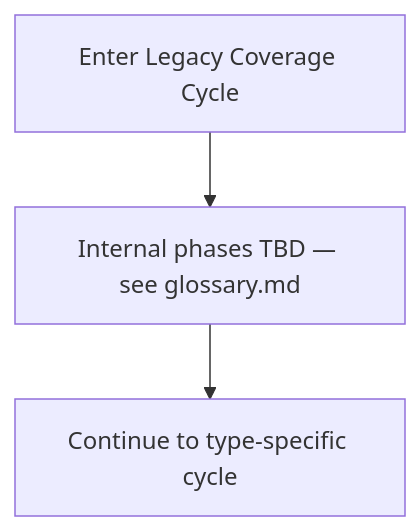
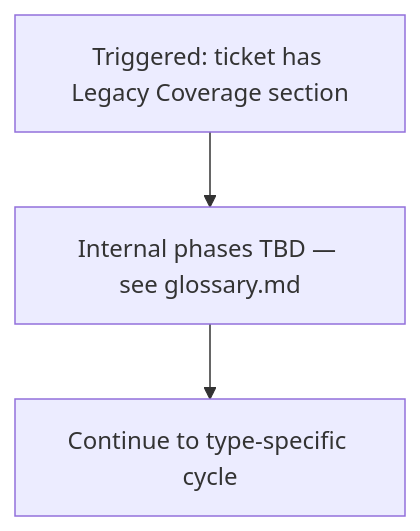
One commit to optivem/starter changed the tenth of 10 diagrams in docs/atdd/process/diagram-process.md. Above: the diagram before and after it, drawn with Mermaid. The commit also changed other lines of this file and 2 other files, not shown here.

````diff
--- a/docs/atdd/process/diagram-process.md
+++ b/docs/atdd/process/diagram-process.md
@@ -269,9 +312,9 @@
 ```mermaid
 flowchart TD
-    ENTER[Enter Legacy Coverage Cycle]
+    ENTRY[Triggered: ticket has Legacy Coverage section]
     TBD[Internal phases TBD — see glossary.md]
-    EXIT[Continue to type-specific cycle]
+    NEXT[Continue to type-specific cycle]
 
-    ENTER --> TBD
-    TBD --> EXIT
+    ENTRY --> TBD
+    TBD --> NEXT
 ```
````
